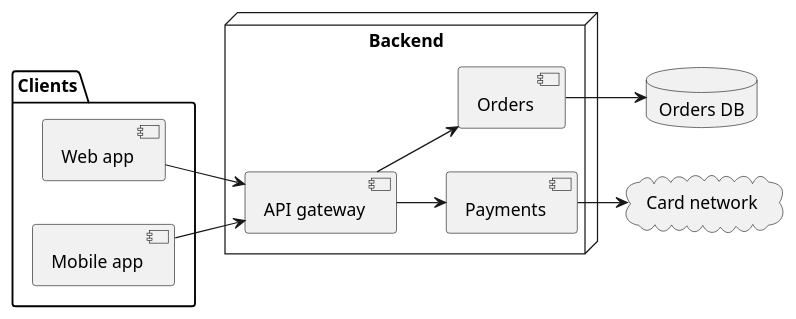
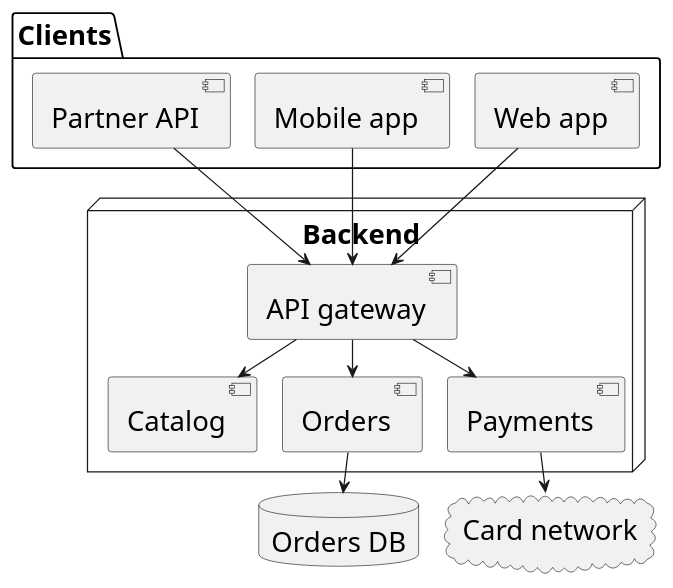
Before and after one commit to demaconsulting/CanvasNet: the diagram in docs/images/plantuml/component.puml, drawn with PlantUML. The commit also changed 16 other files, not shown here.

First line of the commit message:
Polish the PlantUML README images after visual review

```diff
--- a/docs/images/plantuml/component.puml
+++ b/docs/images/plantuml/component.puml
@@ -1,21 +1,31 @@
 @startuml
-left to right direction
-skinparam ranksep 40
+skinparam defaultFontSize 22
+skinparam componentFontSize 22
+skinparam packageFontSize 22
+skinparam nodeFontSize 22
+skinparam databaseFontSize 22
+skinparam cloudFontSize 22
+skinparam nodesep 20
+skinparam ranksep 30
 package "Clients" {
   [Web app] as Web
   [Mobile app] as Mobile
+  [Partner API] as Partner
 }
 node "Backend" {
   [API gateway] as Gateway
+  [Catalog]
   [Orders]
   [Payments]
 }
 database "Orders DB" as Db
 cloud "Card network" as Cards
 Web --> Gateway
 Mobile --> Gateway
+Partner --> Gateway
+Gateway --> Catalog
 Gateway --> Orders
 Gateway --> Payments
 Orders --> Db
 Payments --> Cards
 @enduml
```
